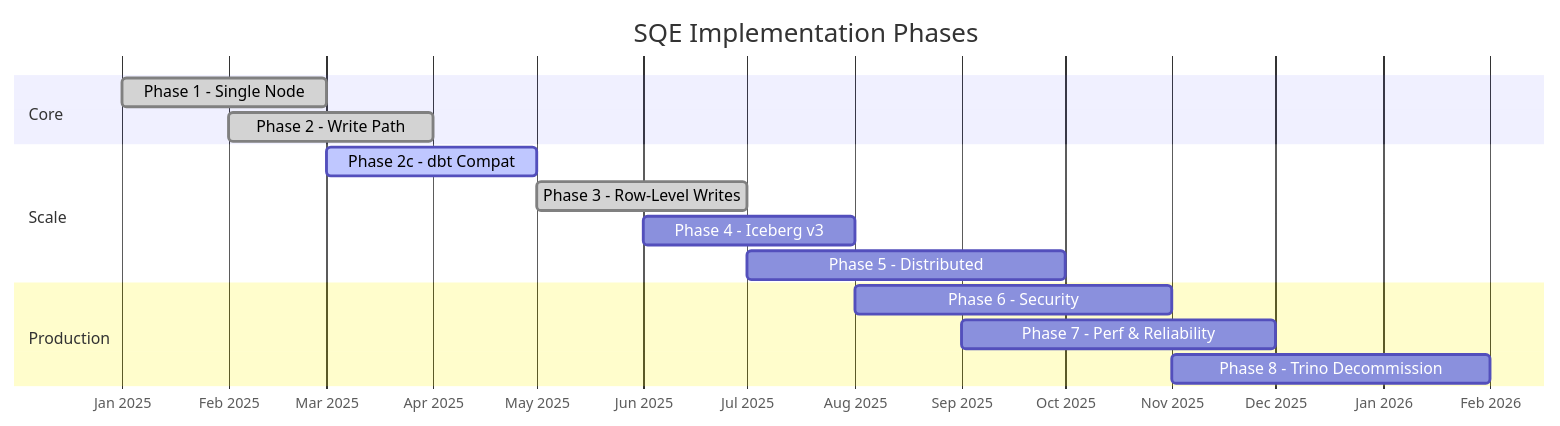
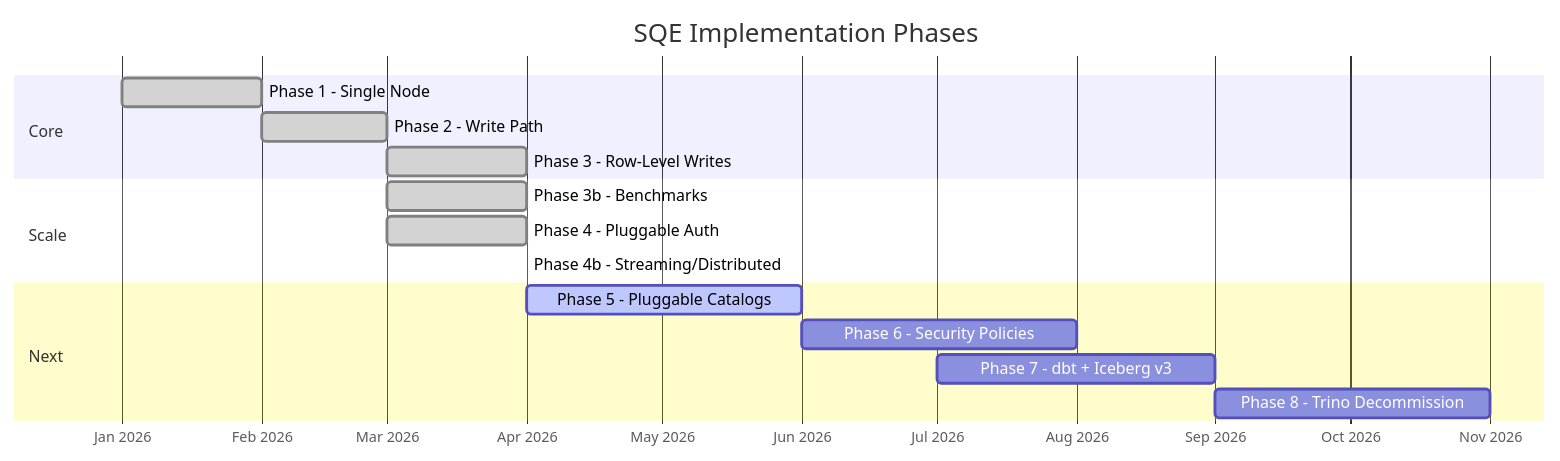
Before and after one commit to schubergphilis/sqe: the first of 4 diagrams in docs/book/src/development/roadmap.md, drawn with Mermaid. The commit also changed other lines of this file and 53 other files, not shown here.

First line of the commit message:
chore: docs cleanup, archive completed work, add dbt+schema evolution spec

````diff
--- a/docs/book/src/development/roadmap.md
+++ b/docs/book/src/development/roadmap.md
@@ -7,21 +7,22 @@
 ```mermaid
 gantt
     title SQE Implementation Phases
     dateFormat YYYY-MM
     axisFormat %b %Y
 
     section Core
-    Phase 1 - Single Node        :done, p1, 2025-01, 2025-03
-    Phase 2 - Write Path         :done, p2, 2025-02, 2025-04
+    Phase 1 - Single Node        :done, p1, 2026-01, 2026-02
+    Phase 2 - Write Path         :done, p2, 2026-02, 2026-03
+    Phase 3 - Row-Level Writes   :done, p3, 2026-03, 2026-04
 
     section Scale
-    Phase 2c - dbt Compat        :active, p2c, 2025-03, 2025-05
-    Phase 3 - Row-Level Writes   :done, p3, 2025-05, 2025-07
-    Phase 4 - Iceberg v3         :p4, 2025-06, 2025-08
-    Phase 5 - Distributed        :p5, 2025-07, 2025-10
+    Phase 3b - Benchmarks        :done, p3b, 2026-03, 2026-04
+    Phase 4 - Pluggable Auth     :done, p4, 2026-03, 2026-04
+    Phase 4b - Streaming/Distributed :done, p4b, 2026-04, 2026-04
 
-    section Production
-    Phase 6 - Security           :p6, 2025-08, 2025-11
-    Phase 7 - Perf & Reliability :p7, 2025-09, 2025-12
-    Phase 8 - Trino Decommission :p8, 2025-11, 2026-02
+    section Next
+    Phase 5 - Pluggable Catalogs :active, p5, 2026-04, 2026-06
+    Phase 6 - Security Policies  :p6, 2026-06, 2026-08
+    Phase 7 - dbt + Iceberg v3   :p7, 2026-07, 2026-09
+    Phase 8 - Trino Decommission :p8, 2026-09, 2026-11
 ```
````
